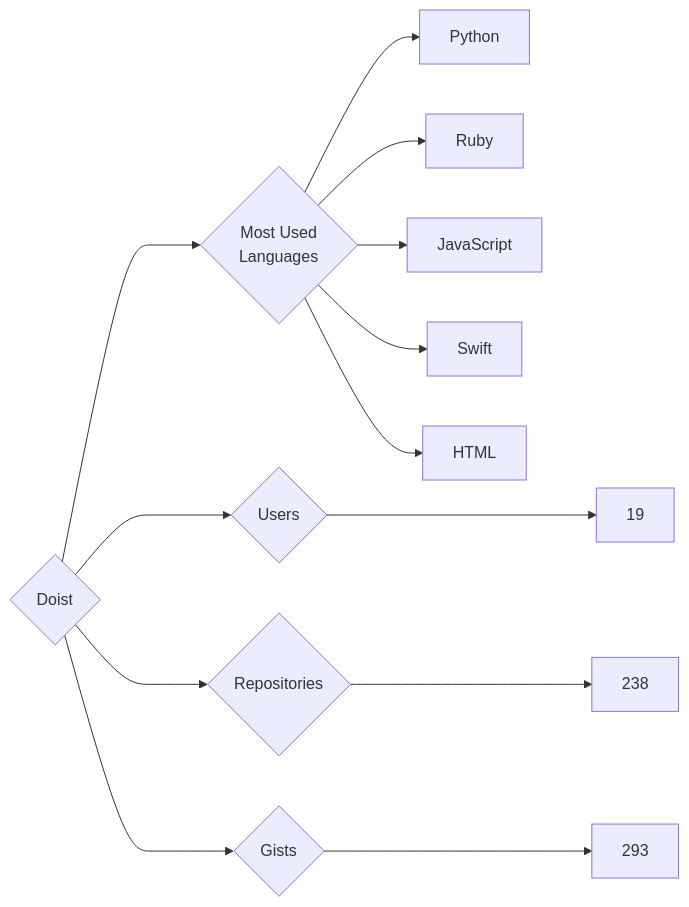
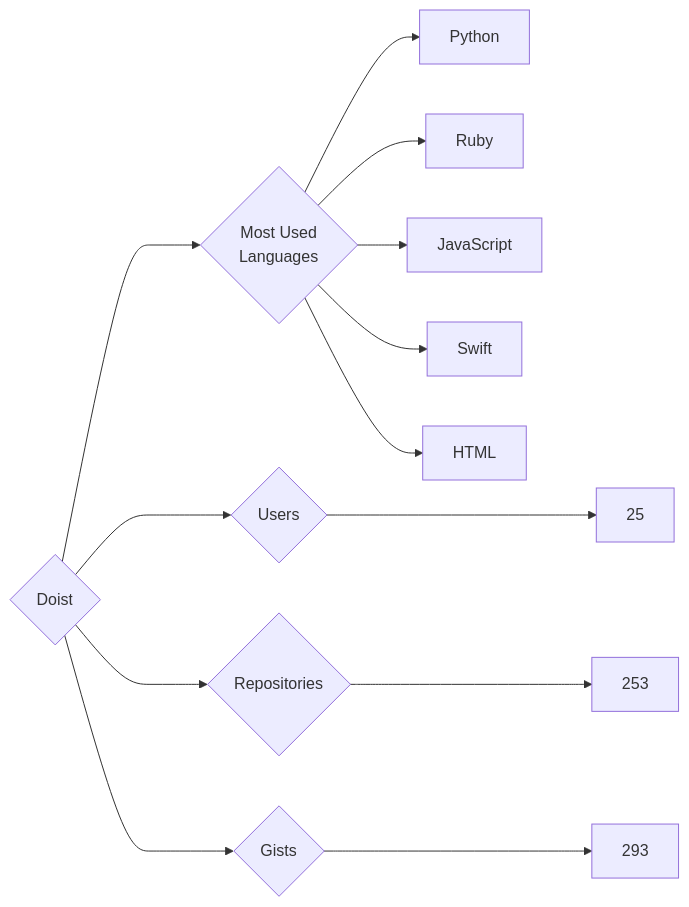
The diagram in targets/Doist/README.md (trickest/insiders), drawn with Mermaid before and after one commit. The commit also changed 614 other files, not shown here.

````diff
--- a/targets/Doist/README.md
+++ b/targets/Doist/README.md
@@ -3,13 +3,13 @@
 ```mermaid
 graph LR
 COMPANY_NAME{Doist}
-COMPANY_NAME ---> U{Users} ---> UN[19]
-COMPANY_NAME ---> R{Repositories} ---> RN[238]
+COMPANY_NAME ---> U{Users} ---> UN[25]
+COMPANY_NAME ---> R{Repositories} ---> RN[253]
 COMPANY_NAME ---> G{Gists} ---> GN[293]
 COMPANY_NAME ---> ML{Most Used<br>Languages}
 ML --> Python[Python]
 ML --> Ruby[Ruby]
 ML --> JavaScript[JavaScript]
 ML --> Swift[Swift]
 ML --> HTML[HTML]
 ```
````
